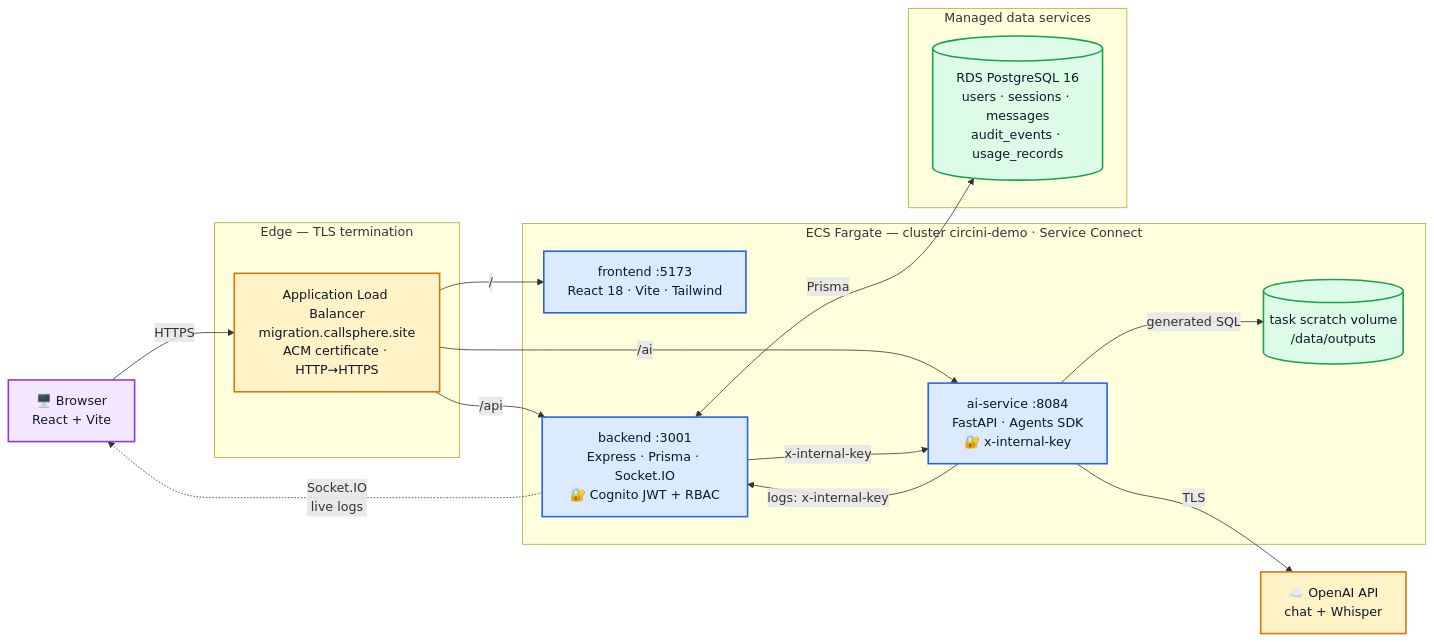
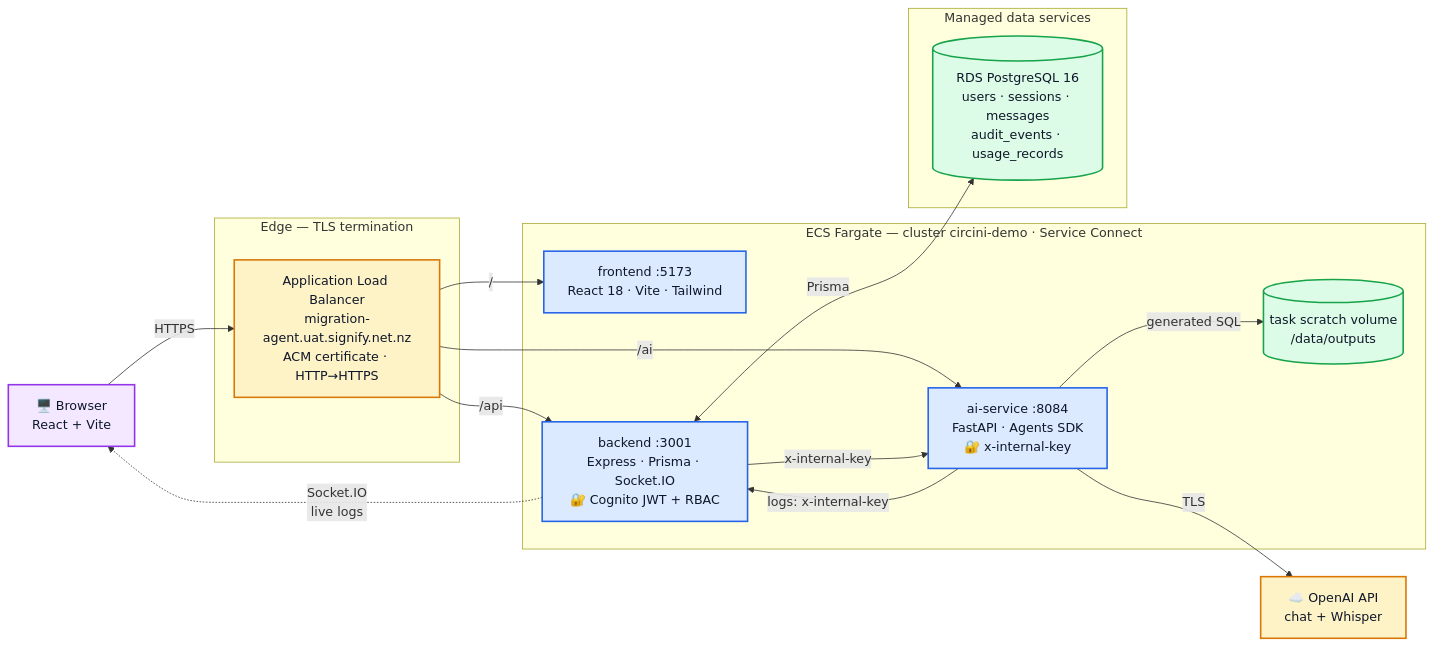
One commit to shankasf/small_migration changed the first of 4 diagrams in README.md. Above: the diagram before and after it, drawn with Mermaid. The commit also changed other lines of this file and 9 other files, not shown here.

First line of the commit message:
Retire migration.callsphere.site as a public origin

````diff
--- a/README.md
+++ b/README.md
@@ -17,41 +17,41 @@
 ```mermaid
 flowchart LR
     U["🖥️ Browser<br/>React + Vite"]
 
     subgraph edge["Edge — TLS termination"]
-        IG["Application Load Balancer<br/>migration.callsphere.site<br/>ACM certificate · HTTP→HTTPS"]
+        IG["Application Load Balancer<br/>migration-agent.uat.signify.net.nz<br/>ACM certificate · HTTP→HTTPS"]
     end
 
     subgraph cluster["ECS Fargate — cluster circini-demo · Service Connect"]
         FE["frontend :5173<br/>React 18 · Vite · Tailwind"]
         BE["backend :3001<br/>Express · Prisma · Socket.IO<br/>🔐 Cognito JWT + RBAC"]
         AI["ai-service :8084<br/>FastAPI · Agents SDK<br/>🔐 x-internal-key"]
         PV[("task scratch volume<br/>/data/outputs")]
     end
 
     subgraph managed["Managed data services"]
         DB[("RDS PostgreSQL 16<br/>users · sessions · messages<br/>audit_events · usage_records")]
     end
 
     OAI["☁️ OpenAI API<br/>chat + Whisper"]
 
     U -- HTTPS --> IG
     IG -- "/" --> FE
     IG -- "/api" --> BE
     IG -- "/ai" --> AI
     BE <-- "Prisma" --> DB
     BE -- "x-internal-key" --> AI
     AI -- "logs: x-internal-key" --> BE
     BE -. "Socket.IO<br/>live logs" .-> U
     AI -- "generated SQL" --> PV
     AI -- "TLS" --> OAI
 
     classDef svc fill:#dbeafe,stroke:#2563eb,stroke-width:2px,color:#0f172a
     classDef data fill:#dcfce7,stroke:#16a34a,stroke-width:2px,color:#0f172a
     classDef ext fill:#fef3c7,stroke:#d97706,stroke-width:2px,color:#0f172a
     classDef client fill:#f3e8ff,stroke:#9333ea,stroke-width:2px,color:#0f172a
     class FE,BE,AI svc
     class DB,PV data
     class OAI,IG ext
     class U client
 ```
````
